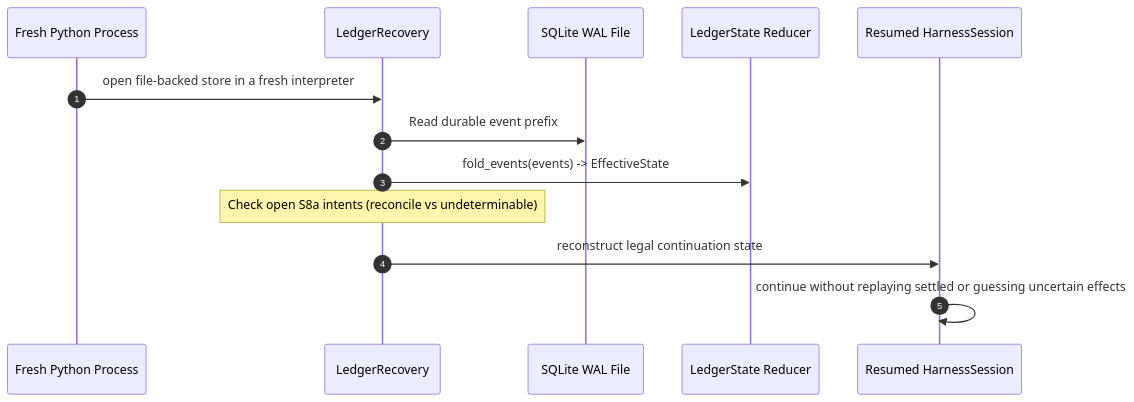
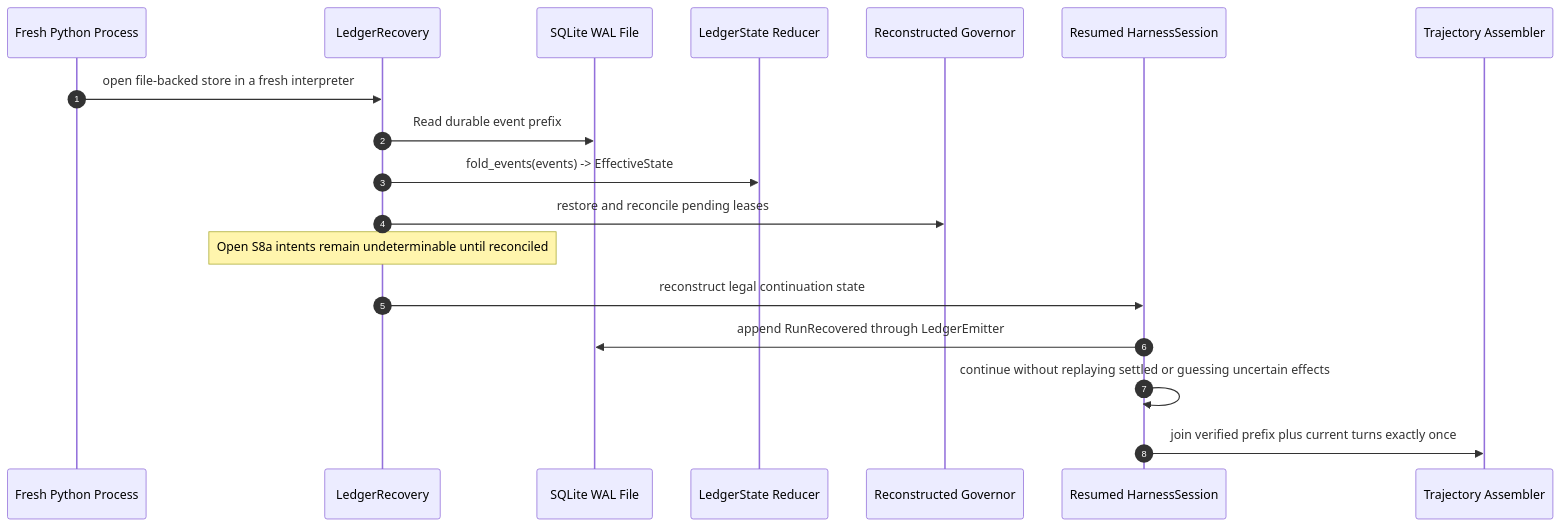
One commit to brainopensource/cognitive-framework changed the third of 3 diagrams in docs/architecture/sequences.md. Above: the diagram before and after it, drawn with Mermaid. The commit also changed other lines of this file and 6 other files, not shown here.

````diff
--- a/docs/architecture/sequences.md
+++ b/docs/architecture/sequences.md
@@ -88,16 +90,21 @@
 ```mermaid
 sequenceDiagram
     autonumber
     participant FreshProc as Fresh Python Process
     participant Recovery as LedgerRecovery
     participant Store as SQLite WAL File
     participant Reducer as LedgerState Reducer
+    participant Governor as Reconstructed Governor
     participant Session as Resumed HarnessSession
+    participant Trajectory as Trajectory Assembler
 
     FreshProc->>Recovery: open file-backed store in a fresh interpreter
     Recovery->>Store: Read durable event prefix
     Recovery->>Reducer: fold_events(events) -> EffectiveState
-    Note over Recovery: Check open S8a intents (reconcile vs undeterminable)
+    Recovery->>Governor: restore and reconcile pending leases
+    Note over Recovery: Open S8a intents remain undeterminable until reconciled
     Recovery->>Session: reconstruct legal continuation state
+    Session->>Store: append RunRecovered through LedgerEmitter
     Session->>Session: continue without replaying settled or guessing uncertain effects
+    Session->>Trajectory: join verified prefix plus current turns exactly once
 ```
````
